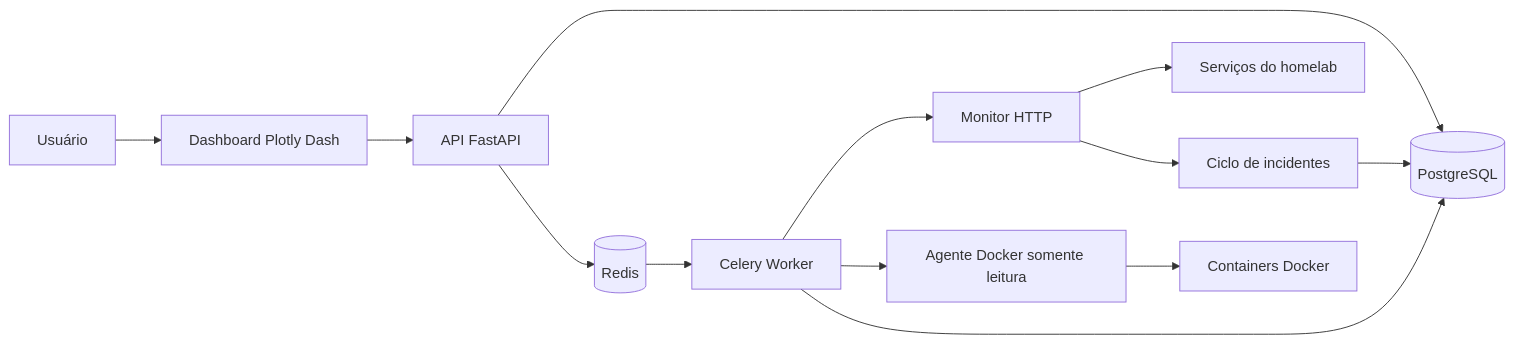
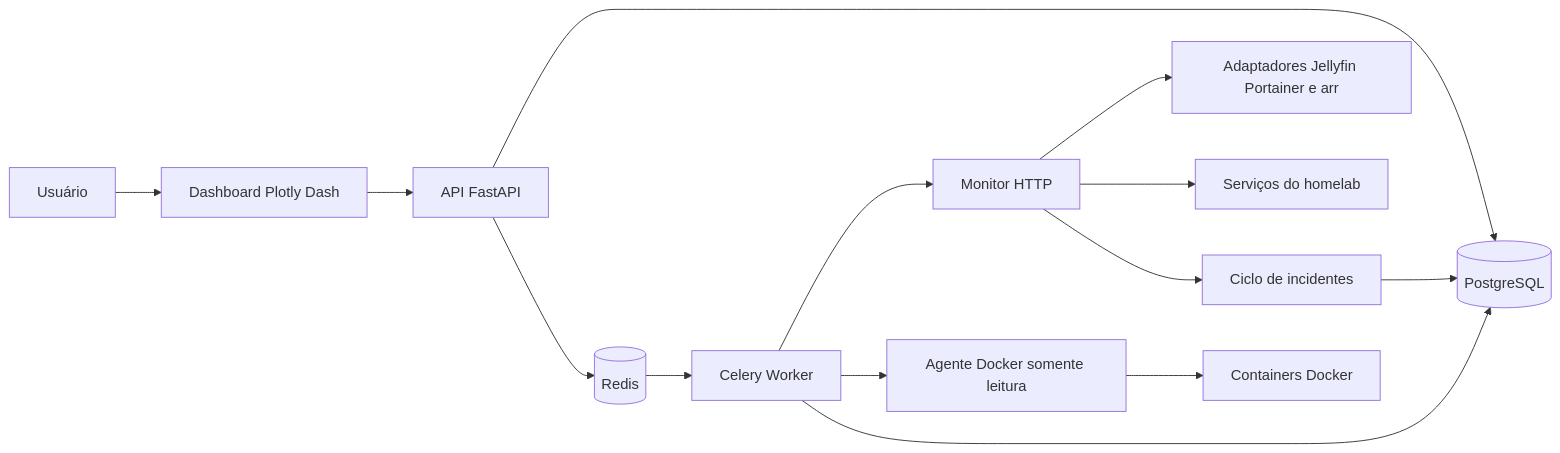
Before and after one commit to Silva-D-Romario/HomeLab-Pulse: the diagram in docs/arquitetura.md, drawn with Mermaid. The commit also changed other lines of this file and 1 other file, not shown here.

````diff
--- a/docs/arquitetura.md
+++ b/docs/arquitetura.md
@@ -3,15 +3,16 @@
 ```mermaid
 flowchart LR
     U[Usuário] --> D[Dashboard Plotly Dash]
     D --> A[API FastAPI]
     A --> P[(PostgreSQL)]
     A --> R[(Redis)]
     R --> C[Celery Worker]
     C --> H[Monitor HTTP]
+    H --> E[Adaptadores Jellyfin Portainer e arr]
     C --> G[Agente Docker somente leitura]
     H --> S[Serviços do homelab]
     G --> X[Containers Docker]
     H --> I[Ciclo de incidentes]
     I --> P
     C --> P
 ```
````
